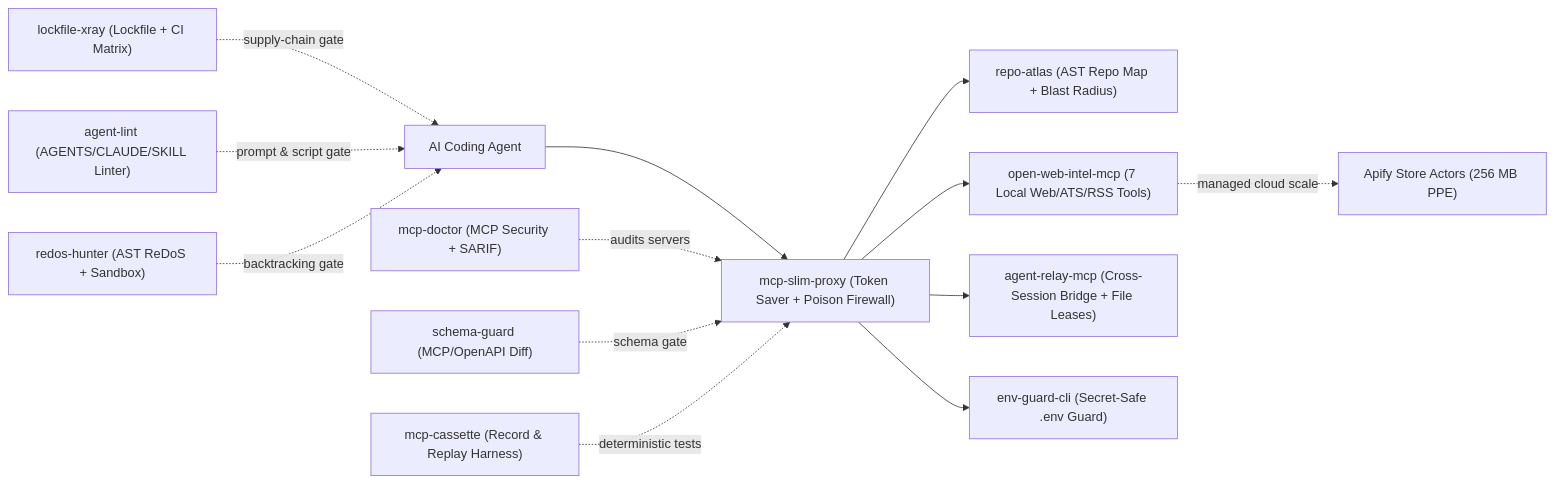
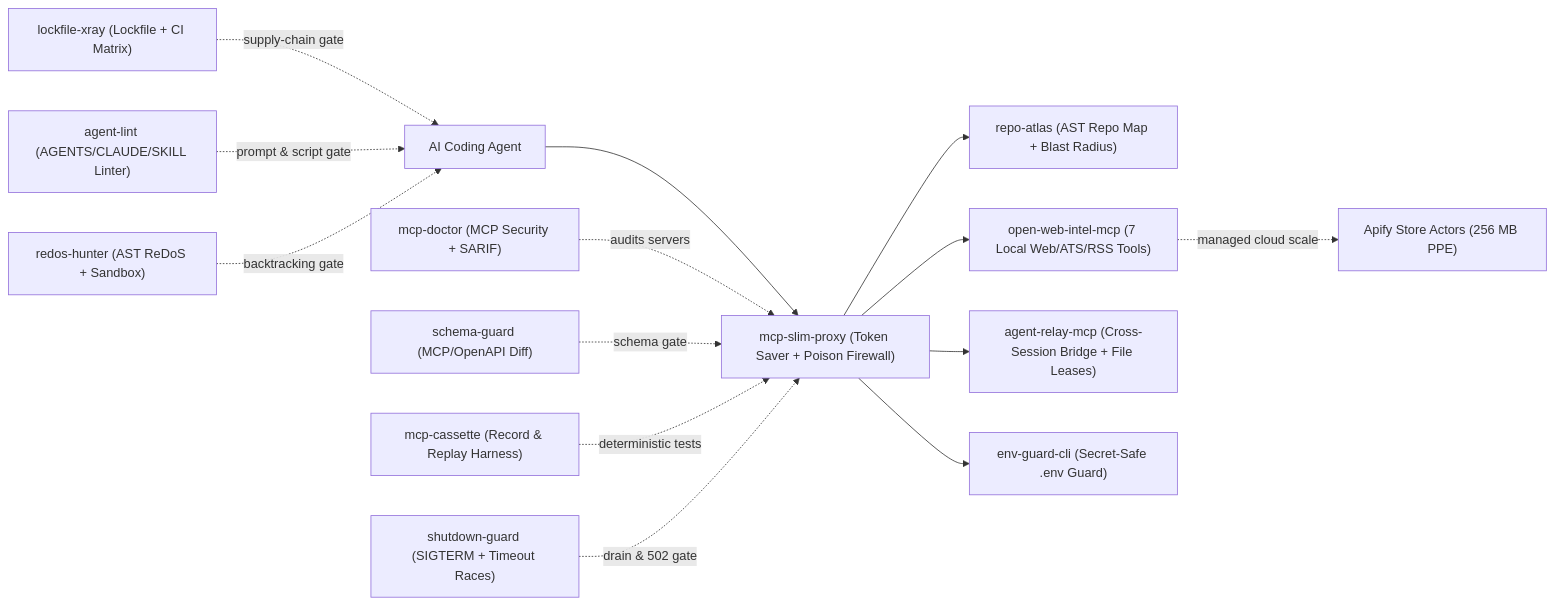
One commit to pie527645-cloud/pie527645-cloud changed the diagram in README.md. Above: the diagram before and after it, drawn with Mermaid. The commit also changed other lines of this file, not shown here.

Commit message:
docs: add shutdown-guard to Wave 6 suite table and pipeline

````diff
--- a/README.md
+++ b/README.md
@@ -5,15 +5,16 @@
 ```mermaid
 flowchart LR
     Agent["AI Coding Agent"] --> Slim["mcp-slim-proxy (Token Saver + Poison Firewall)"]
     Slim --> Atlas["repo-atlas (AST Repo Map + Blast Radius)"]
     Slim --> WebIntel["open-web-intel-mcp (7 Local Web/ATS/RSS Tools)"]
     Slim --> Relay["agent-relay-mcp (Cross-Session Bridge + File Leases)"]
     Slim --> EnvGuard["env-guard-cli (Secret-Safe .env Guard)"]
     Doctor["mcp-doctor (MCP Security + SARIF)"] -. audits servers .-> Slim
     Schema["schema-guard (MCP/OpenAPI Diff)"] -. schema gate .-> Slim
     Cassette["mcp-cassette (Record & Replay Harness)"] -. deterministic tests .-> Slim
     Xray["lockfile-xray (Lockfile + CI Matrix)"] -. supply-chain gate .-> Agent
     AgentLint["agent-lint (AGENTS/CLAUDE/SKILL Linter)"] -. prompt & script gate .-> Agent
     Redos["redos-hunter (AST ReDoS + Sandbox)"] -. backtracking gate .-> Agent
+    Shutdown["shutdown-guard (SIGTERM + Timeout Races)"] -. drain & 502 gate .-> Slim
     WebIntel -. managed cloud scale .-> Apify["Apify Store Actors (256 MB PPE)"]
 ```
````
